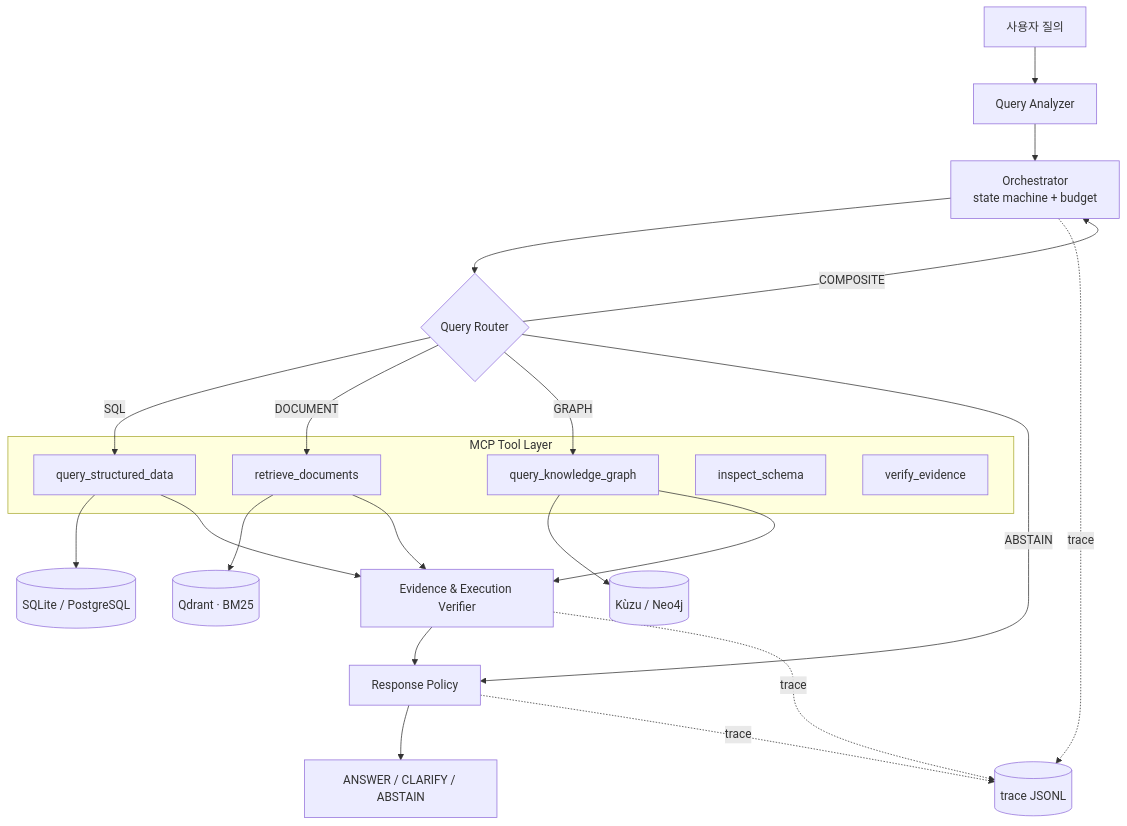
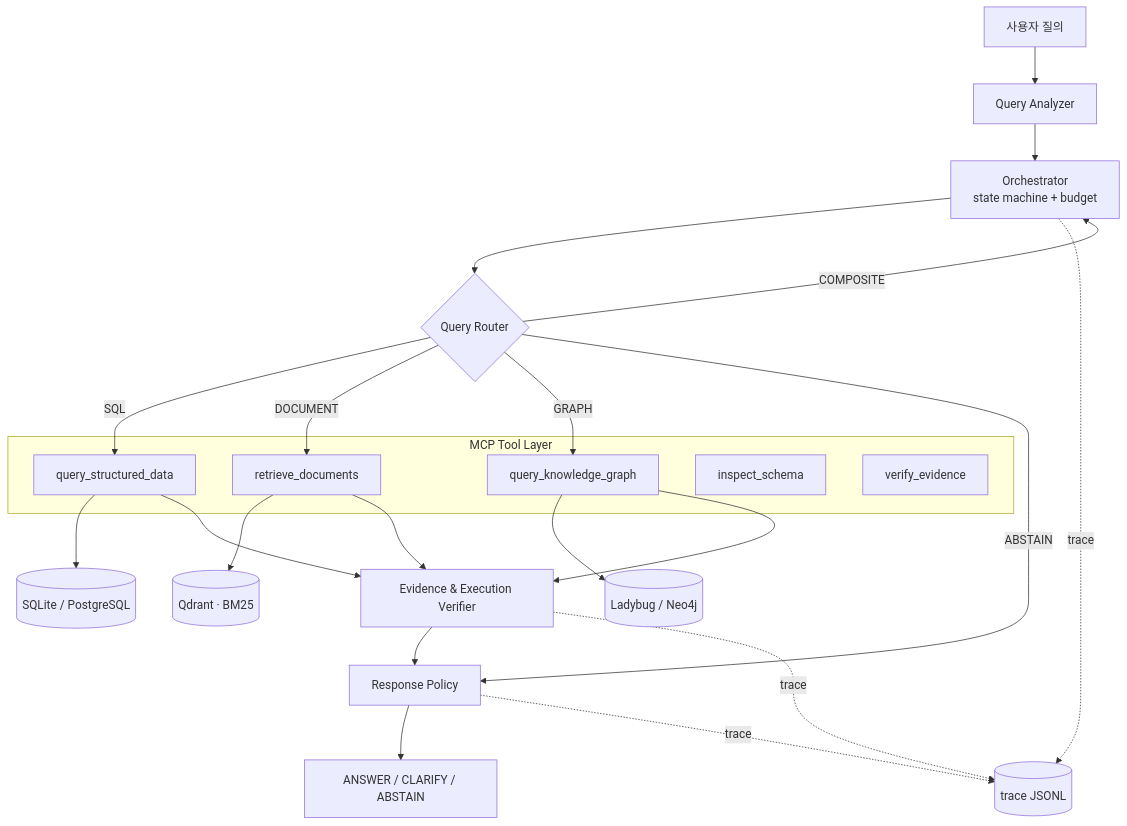
The diagram in ARCHITECTURE_v1.md (freak-jaeuk/route-compose-abstain), drawn with Mermaid before and after one commit. The commit also changed other lines of this file and 5 other files, not shown here.

````diff
--- a/ARCHITECTURE_v1.md
+++ b/ARCHITECTURE_v1.md
@@ -24,34 +24,34 @@
 ```mermaid
 flowchart TD
     Q[사용자 질의] --> QA[Query Analyzer]
     QA --> ORC[Orchestrator<br/>state machine + budget]
     ORC --> R{Query Router}
 
     R -->|SQL| T1
     R -->|DOCUMENT| T2
     R -->|GRAPH| T3
     R -->|COMPOSITE| ORC
     R -->|ABSTAIN| POL
 
     subgraph MCP[MCP Tool Layer]
         T0[inspect_schema]
         T1[query_structured_data]
         T2[retrieve_documents]
         T3[query_knowledge_graph]
         T4[verify_evidence]
     end
 
     T1 --> ST[(SQLite / PostgreSQL)]
     T2 --> VS[(Qdrant · BM25)]
-    T3 --> GR[(Kùzu / Neo4j)]
+    T3 --> GR[(Ladybug / Neo4j)]
 
     T1 --> V[Evidence & Execution Verifier]
     T2 --> V
     T3 --> V
     V --> POL[Response Policy]
     POL --> OUT[ANSWER / CLARIFY / ABSTAIN]
 
     ORC -.trace.-> LOG[(trace JSONL)]
     V -.trace.-> LOG
     POL -.trace.-> LOG
 ```
````
